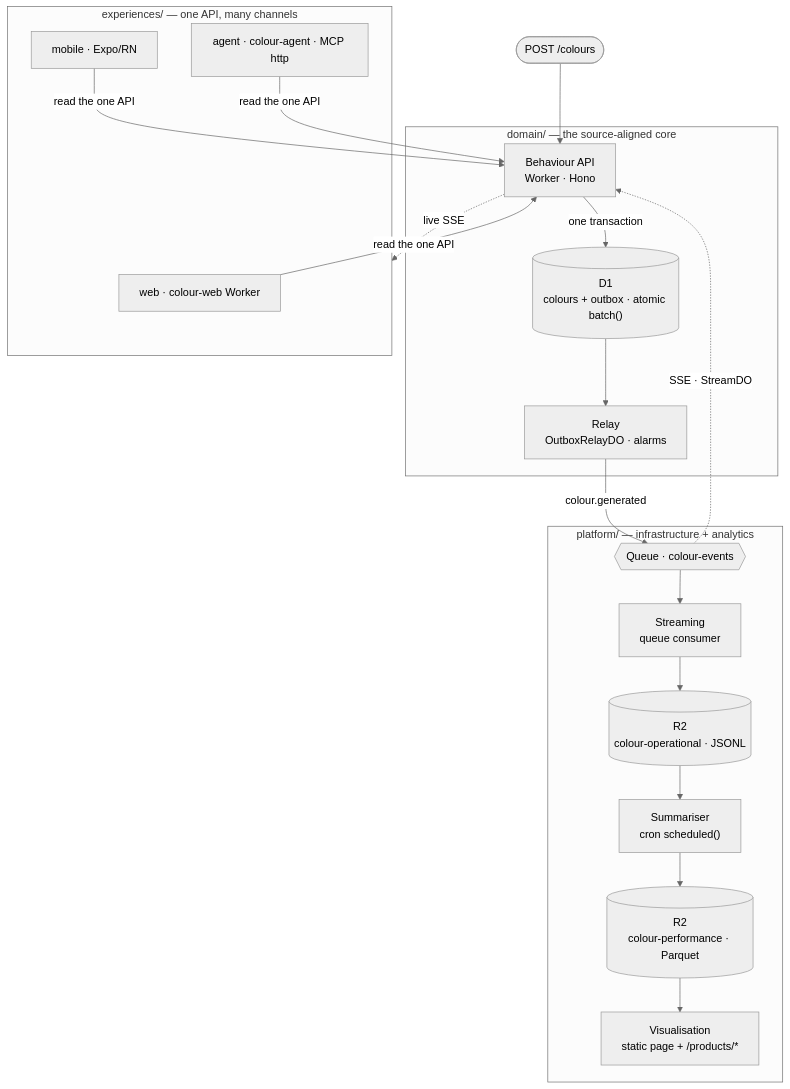
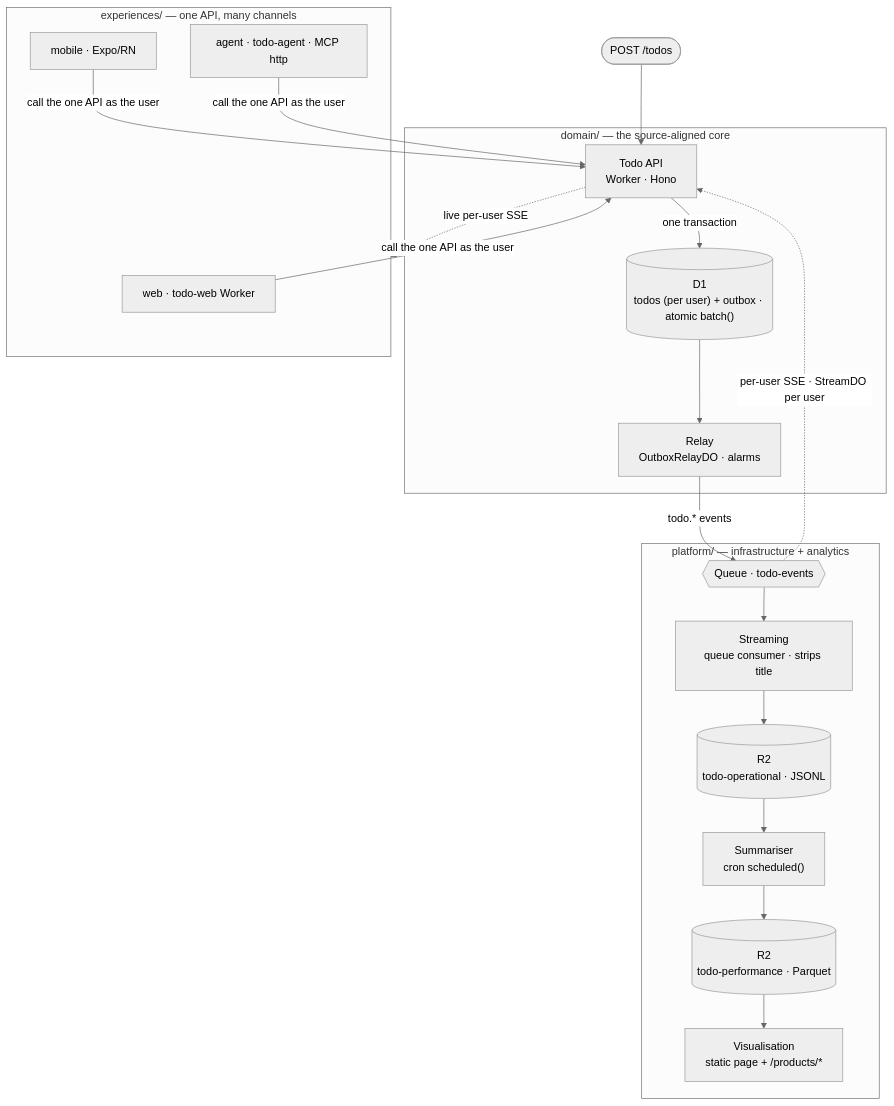
The second of 2 diagrams in docs/architecture/index.md (dataGriff/outcome-app-pattern-cloudflare), drawn with Mermaid (neutral theme) before and after one commit. The commit also changed other lines of this file and 16 other files, not shown here.

````diff
--- a/docs/architecture/index.md
+++ b/docs/architecture/index.md
@@ -58,28 +61,28 @@
 ```mermaid
 flowchart TB
-  user([POST /colours]) --> api
+  user([POST /todos]) --> api
   subgraph domain["domain/ — the source-aligned core"]
-    api["Behaviour API<br/>Worker · Hono"]
-    store[("D1<br/>colours + outbox · atomic batch()")]
+    api["Todo API<br/>Worker · Hono"]
+    store[("D1<br/>todos (per user) + outbox · atomic batch()")]
     relay["Relay<br/>OutboxRelayDO · alarms"]
     api -->|one transaction| store --> relay
   end
   subgraph platform["platform/ — infrastructure + analytics"]
-    events{{"Queue · colour-events"}}
-    streaming["Streaming<br/>queue consumer"]
-    raw[("R2<br/>colour-operational · JSONL")]
+    events{{"Queue · todo-events"}}
+    streaming["Streaming<br/>queue consumer · strips title"]
+    raw[("R2<br/>todo-operational · JSONL")]
     summariser["Summariser<br/>cron scheduled()"]
-    curated[("R2<br/>colour-performance · Parquet")]
+    curated[("R2<br/>todo-performance · Parquet")]
     viz["Visualisation<br/>static page + /products/*"]
     events --> streaming --> raw --> summariser --> curated --> viz
   end
   subgraph experiences["experiences/ — one API, many channels"]
-    web["web · colour-web Worker"]
+    web["web · todo-web Worker"]
     mobile["mobile · Expo/RN"]
-    agent["agent · colour-agent · MCP http"]
+    agent["agent · todo-agent · MCP http"]
   end
-  relay -->|colour.generated| events
-  events -. SSE · StreamDO .-> api
-  web & mobile & agent -->|read the one API| api
-  api -. live SSE .-> experiences
+  relay -->|todo.* events| events
+  events -. "per-user SSE · StreamDO per user" .-> api
+  web & mobile & agent -->|call the one API as the user| api
+  api -. live per-user SSE .-> experiences
 ```
````
